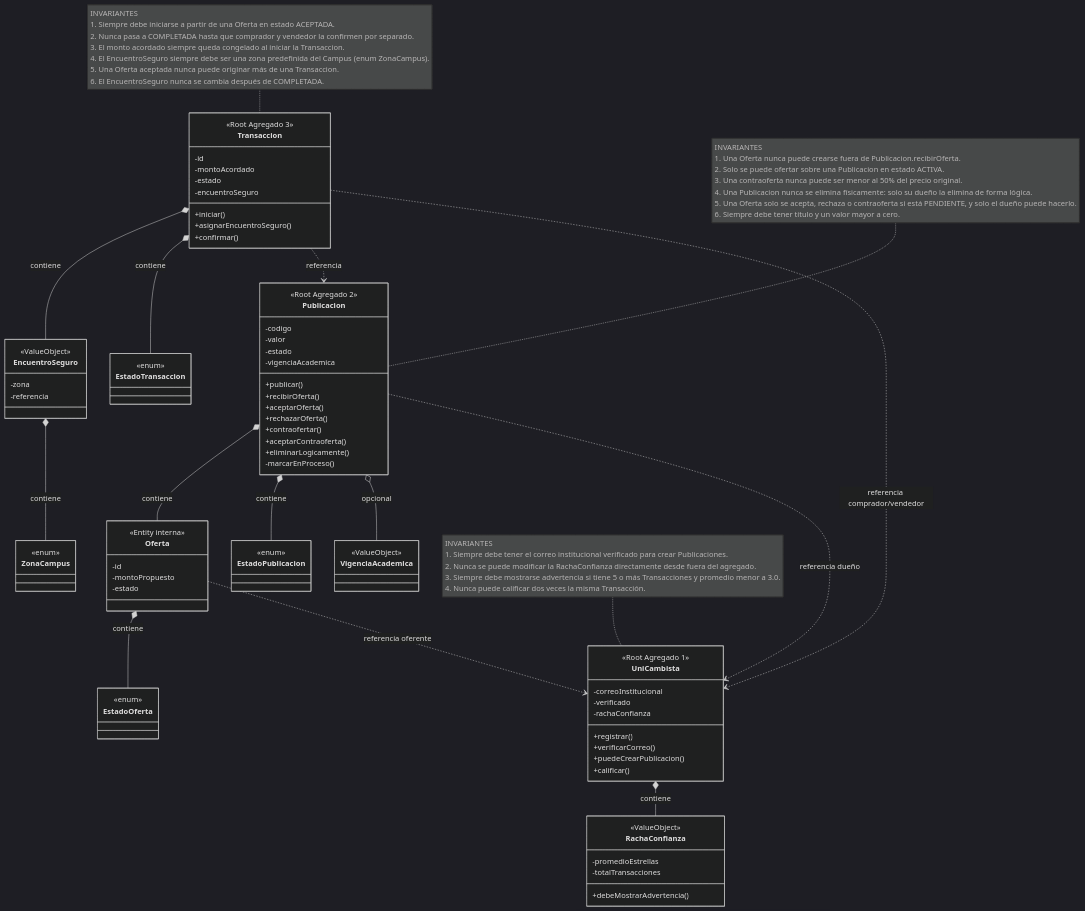
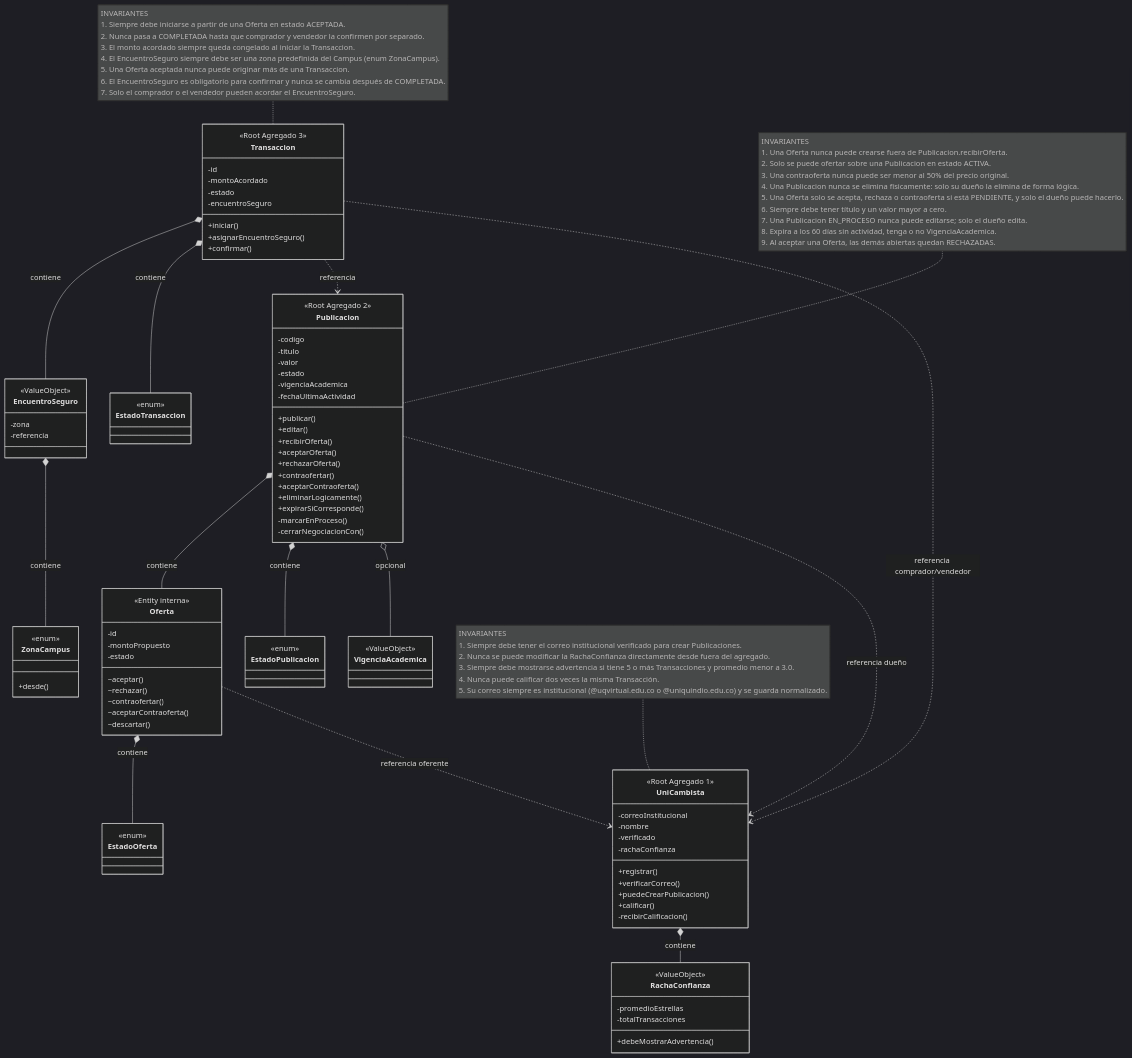
The diagram in docs/agregados-unisegundamano.md (JuanMoncada5/segundaMano), drawn with Mermaid (dark theme) before and after one commit. The commit also changed other lines of this file and 26 other files, not shown here.

````diff
--- a/docs/agregados-unisegundamano.md
+++ b/docs/agregados-unisegundamano.md
@@ -9,12 +9,14 @@
     class UniCambista {
       <<Root Agregado 1>>
       -correoInstitucional
+      -nombre
       -verificado
       -rachaConfianza
       +registrar()
       +verificarCorreo()
       +puedeCrearPublicacion()
       +calificar()
+      -recibirCalificacion()
     }
     class RachaConfianza {
       <<ValueObject>>
@@ -25,23 +27,33 @@
     class Publicacion {
       <<Root Agregado 2>>
       -codigo
+      -titulo
       -valor
       -estado
       -vigenciaAcademica
+      -fechaUltimaActividad
       +publicar()
+      +editar()
       +recibirOferta()
       +aceptarOferta()
       +rechazarOferta()
       +contraofertar()
       +aceptarContraoferta()
       +eliminarLogicamente()
+      +expirarSiCorresponde()
       -marcarEnProceso()
+      -cerrarNegociacionCon()
     }
     class Oferta {
       <<Entity interna>>
       -id
       -montoPropuesto
       -estado
+      ~aceptar()
+      ~rechazar()
+      ~contraofertar()
+      ~aceptarContraoferta()
+      ~descartar()
     }
     class EstadoPublicacion {
       <<enum>>
@@ -69,6 +81,7 @@
     }
     class ZonaCampus {
       <<enum>>
+      +desde()
     }
     class EstadoTransaccion {
       <<enum>>
@@ -87,7 +100,7 @@
     Transaccion ..> Publicacion : referencia
     Transaccion ..> UniCambista : referencia comprador/vendedor
 
-    note for UniCambista "INVARIANTES<br/>1. Siempre debe tener el correo institucional verificado para crear Publicaciones.<br/>2. Nunca se puede modificar la RachaConfianza directamente desde fuera del agregado.<br/>3. Siempre debe mostrarse advertencia si tiene 5 o más Transacciones y promedio menor a 3.0.<br/>4. Nunca puede calificar dos veces la misma Transacción."
-    note for Publicacion "INVARIANTES<br/>1. Una Oferta nunca puede crearse fuera de Publicacion.recibirOferta.<br/>2. Solo se puede ofertar sobre una Publicacion en estado ACTIVA.<br/>3. Una contraoferta nunca puede ser menor al 50% del precio original.<br/>4. Una Publicacion nunca se elimina físicamente: solo su dueño la elimina de forma lógica.<br/>5. Una Oferta solo se acepta, rechaza o contraoferta si está PENDIENTE, y solo el dueño puede hacerlo.<br/>6. Siempre debe tener título y un valor mayor a cero."
-    note for Transaccion "INVARIANTES<br/>1. Siempre debe iniciarse a partir de una Oferta en estado ACEPTADA.<br/>2. Nunca pasa a COMPLETADA hasta que comprador y vendedor la confirmen por separado.<br/>3. El monto acordado siempre queda congelado al iniciar la Transaccion.<br/>4. El EncuentroSeguro siempre debe ser una zona predefinida del Campus (enum ZonaCampus).<br/>5. Una Oferta aceptada nunca puede originar más de una Transaccion.<br/>6. El EncuentroSeguro nunca se cambia después de COMPLETADA."
+    note for UniCambista "INVARIANTES<br/>1. Siempre debe tener el correo institucional verificado para crear Publicaciones.<br/>2. Nunca se puede modificar la RachaConfianza directamente desde fuera del agregado.<br/>3. Siempre debe mostrarse advertencia si tiene 5 o más Transacciones y promedio menor a 3.0.<br/>4. Nunca puede calificar dos veces la misma Transacción.<br/>5. Su correo siempre es institucional (@uqvirtual.edu.co o @uniquindio.edu.co) y se guarda normalizado."
+    note for Publicacion "INVARIANTES<br/>1. Una Oferta nunca puede crearse fuera de Publicacion.recibirOferta.<br/>2. Solo se puede ofertar sobre una Publicacion en estado ACTIVA.<br/>3. Una contraoferta nunca puede ser menor al 50% del precio original.<br/>4. Una Publicacion nunca se elimina físicamente: solo su dueño la elimina de forma lógica.<br/>5. Una Oferta solo se acepta, rechaza o contraoferta si está PENDIENTE, y solo el dueño puede hacerlo.<br/>6. Siempre debe tener título y un valor mayor a cero.<br/>7. Una Publicacion EN_PROCESO nunca puede editarse; solo el dueño edita.<br/>8. Expira a los 60 días sin actividad, tenga o no VigenciaAcademica.<br/>9. Al aceptar una Oferta, las demás abiertas quedan RECHAZADAS."
+    note for Transaccion "INVARIANTES<br/>1. Siempre debe iniciarse a partir de una Oferta en estado ACEPTADA.<br/>2. Nunca pasa a COMPLETADA hasta que comprador y vendedor la confirmen por separado.<br/>3. El monto acordado siempre queda congelado al iniciar la Transaccion.<br/>4. El EncuentroSeguro siempre debe ser una zona predefinida del Campus (enum ZonaCampus).<br/>5. Una Oferta aceptada nunca puede originar más de una Transaccion.<br/>6. El EncuentroSeguro es obligatorio para confirmar y nunca se cambia después de COMPLETADA.<br/>7. Solo el comprador o el vendedor pueden acordar el EncuentroSeguro."
 ```
````
